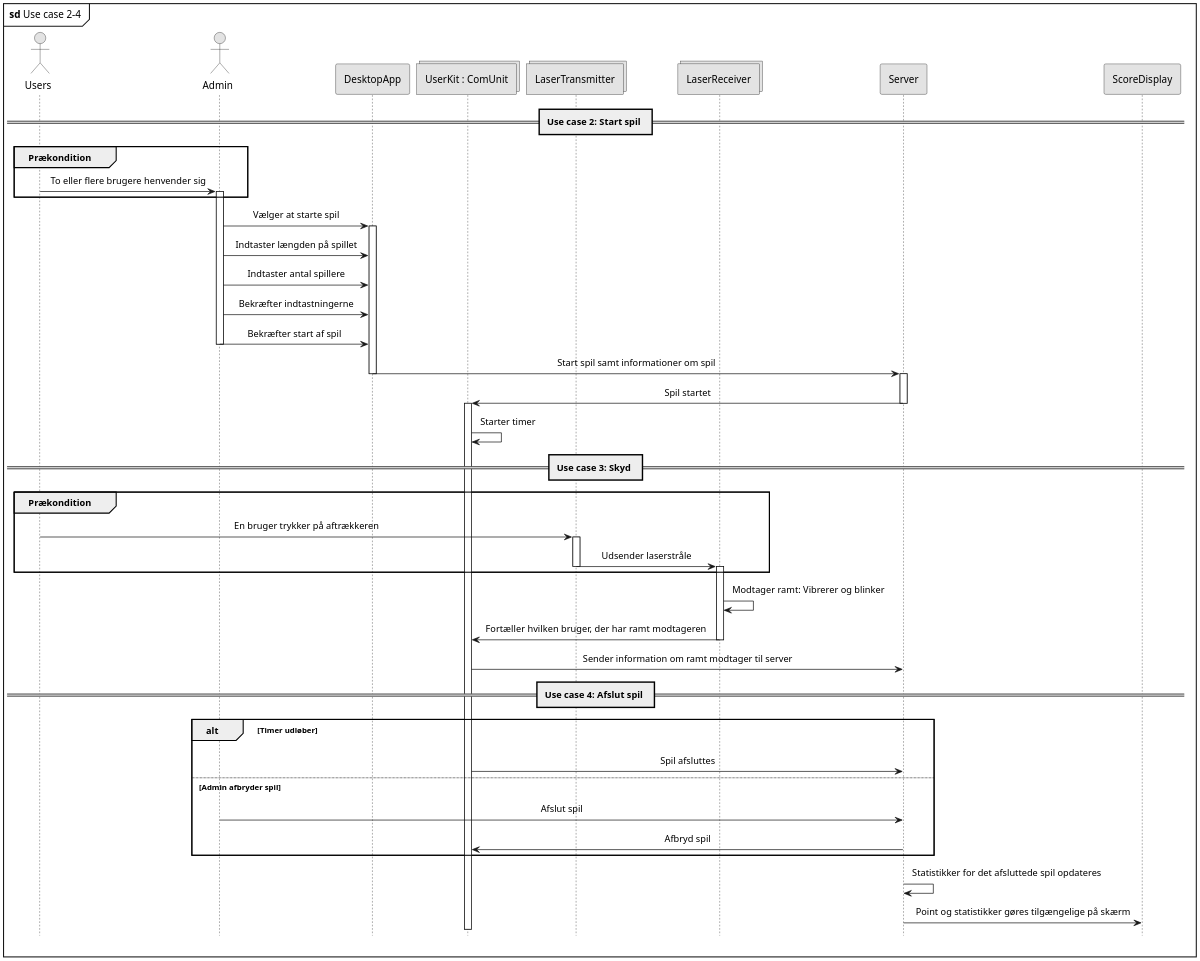
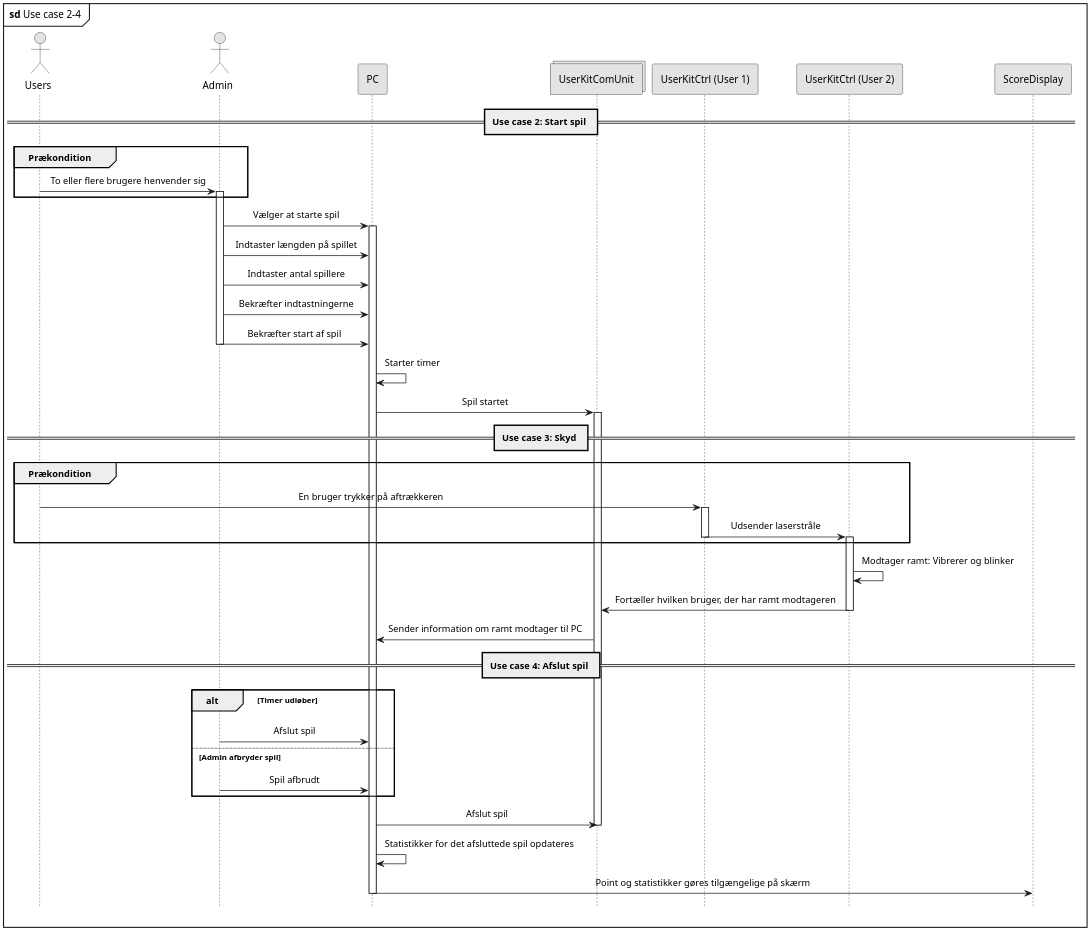
Before and after one commit to LasseKrarup/Laser-Tag-Project: the diagram in PlantUML/src/ssd-uc2-4.plantuml, drawn with PlantUML. The commit also changed 4 other files, not shown here.

```diff
--- a/PlantUML/src/ssd-uc2-4.plantuml
+++ b/PlantUML/src/ssd-uc2-4.plantuml
@@ -1,78 +1,74 @@
 @startuml ssd-uc2-4
 
 hide footbox
 
 skinparam {
     monochrome true
     dpi 200
     padding 5
     sequenceMessageAlign center
     packageStyle frame
     shadowing false
     'backgroundColor transparent
 }
 
 mainframe **sd** Use case 2-4
 
 actor Users as users
 actor Admin as admin
-participant "DesktopApp" as desktopApp
-collections "UserKit : ComUnit" as comUnit
-collections "LaserTransmitter" as transmitter
-collections "LaserReceiver" as receiver
-participant "Server" as server
+participant "PC"
+collections "UserKitComUnit" as comUnit
+participant "UserKitCtrl (User 1)" as kitCtrl1
+participant "UserKitCtrl (User 2)" as kitCtrl2
 participant "ScoreDisplay" as display
 
 == Use case 2: Start spil ==
 
 group Prækondition
     users -> admin: To eller flere brugere henvender sig
     activate admin
 end
 
-admin -> desktopApp: Vælger at starte spil
-activate desktopApp
-admin -> desktopApp: Indtaster længden på spillet
-admin -> desktopApp: Indtaster antal spillere
-admin -> desktopApp: Bekræfter indtastningerne
-admin -> desktopApp: Bekræfter start af spil
+admin -> PC: Vælger at starte spil
+activate PC
+admin -> PC: Indtaster længden på spillet
+admin -> PC: Indtaster antal spillere
+admin -> PC: Bekræfter indtastningerne
+admin -> PC: Bekræfter start af spil
 deactivate admin
-desktopApp -> server: Start spil samt informationer om spil
-deactivate desktopApp
-activate server
-server -> comUnit: Spil startet
-deactivate server
+PC -> PC: Starter timer
+PC -> comUnit: Spil startet
 activate comUnit
-comUnit -> comUnit: Starter timer
 
 == Use case 3: Skyd ==
 
 group Prækondition
-    users -> transmitter: En bruger trykker på aftrækkeren
-    activate transmitter
-    transmitter -> receiver: Udsender laserstråle
-    deactivate transmitter
-    activate receiver
+    users -> kitCtrl1: En bruger trykker på aftrækkeren
+    activate kitCtrl1
+    kitCtrl1 -> kitCtrl2: Udsender laserstråle
+    deactivate kitCtrl1
+    activate kitCtrl2
 end
 
-receiver -> receiver: Modtager ramt: Vibrerer og blinker
+kitCtrl2 -> kitCtrl2: Modtager ramt: Vibrerer og blinker
+kitCtrl2 -> comUnit: Fortæller hvilken bruger, der har ramt modtageren
+deactivate kitCtrl2
+comUnit -> PC: Sender information om ramt modtager til PC
 
-receiver -> comUnit: Fortæller hvilken bruger, der har ramt modtageren
-deactivate receiver
-
-comUnit -> server: Sender information om ramt modtager til server
 
 == Use case 4: Afslut spil ==
 
 alt Timer udløber
-    comUnit -> server: Spil afsluttes
+    admin -> PC: Afslut spil
 else Admin afbryder spil
-    admin -> server: Afslut spil
-    server -> comUnit: Afbryd spil
-
+    admin -> PC: Spil afbrudt
 end
 
-server -> server: Statistikker for det afsluttede spil opdateres
-server -> display: Point og statistikker gøres tilgængelige på skærm
+PC -> comUnit: Afslut spil
+deactivate comUnit
+
+PC -> PC: Statistikker for det afsluttede spil opdateres
+PC -> display: Point og statistikker gøres tilgængelige på skærm
+deactivate PC
 
 @enduml
```
